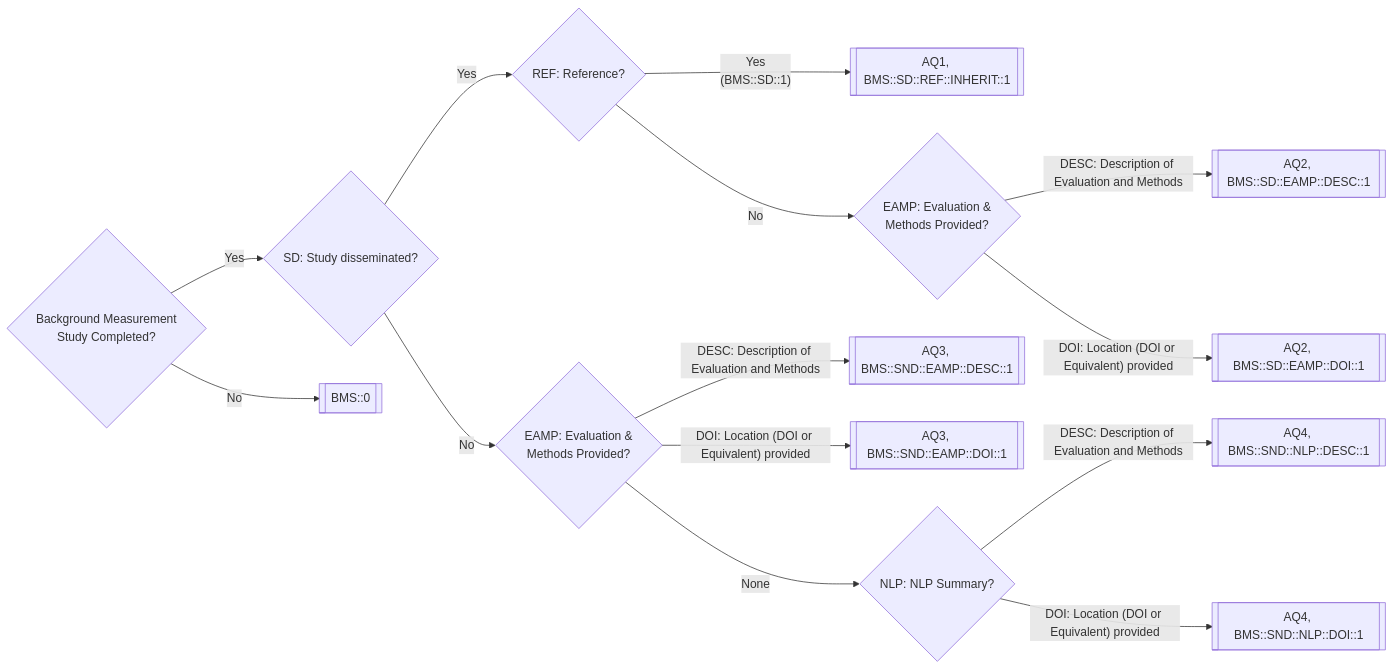
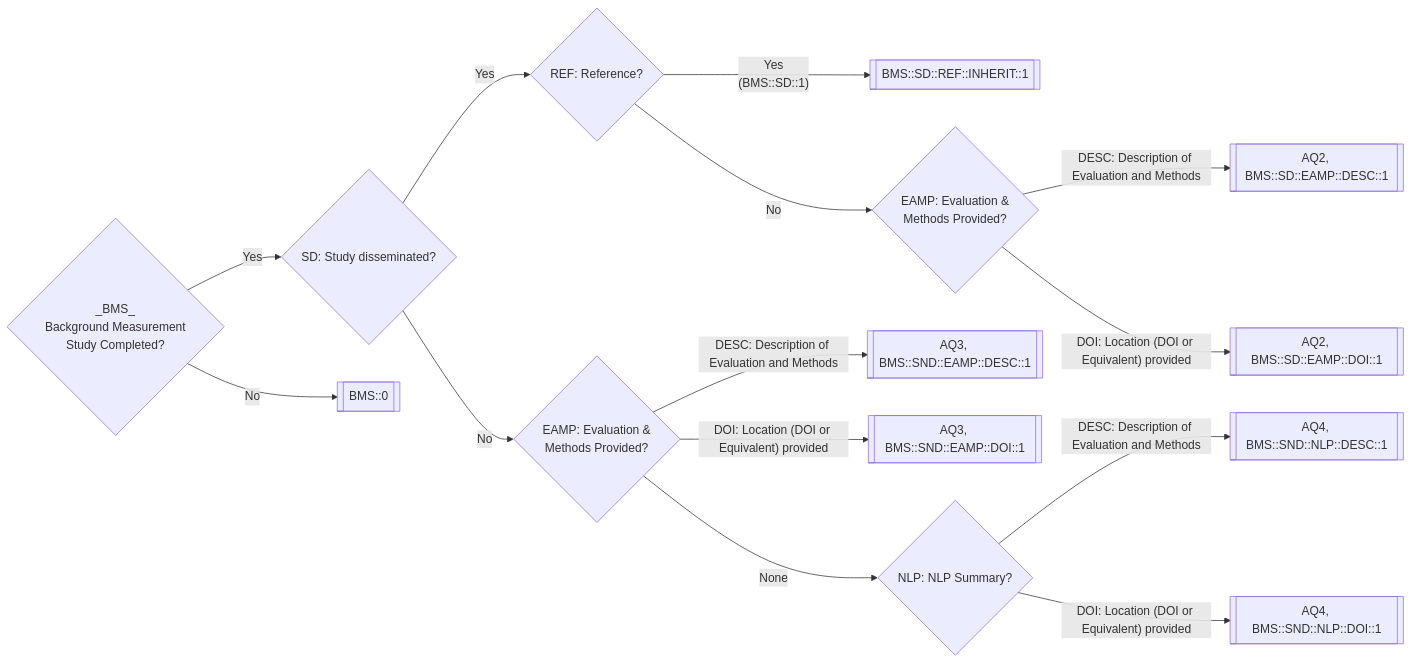
The diagram in README.md (jacobmpeters/NLPReportingMethodologyApp), drawn with Mermaid before and after one commit.

````diff
--- a/README.md
+++ b/README.md
@@ -17,16 +17,16 @@
 ```mermaid
 flowchart LR
-    BMS{Background Measurement\n Study Completed?} -- Yes --> SD;
+    BMS{_BMS_\n Background Measurement\n Study Completed?} -- Yes --> SD;
     SD{SD: Study disseminated?} -- Yes --> REF{REF: Reference?};
-    REF -- Yes\n (BMS::SD::1) --> AQ1[[AQ1, BMS::SD::REF::INHERIT::1]]
+    REF -- Yes\n (BMS::SD::1) --> AQ1[[BMS::SD::REF::INHERIT::1]]
     REF -- No --> EM{EAMP: Evaluation &\n Methods Provided?}
     EM -- DESC: Description of Evaluation and Methods --> AQ2_A[[AQ2, BMS::SD::EAMP::DESC::1]]
     EM -- DOI: Location (DOI or Equivalent) provided --> AQ2_B[[AQ2, BMS::SD::EAMP::DOI::1]]
     SD -- No --> EM2{EAMP: Evaluation &\n Methods Provided?}
     EM2 -- DESC: Description of Evaluation and Methods --> AQ3_A[[AQ3, BMS::SND::EAMP::DESC::1]]
     EM2 -- DOI: Location (DOI or Equivalent) provided --> AQ3_B[[AQ3, BMS::SND::EAMP::DOI::1]]
     EM2 -- None --> NLPS{NLP: NLP Summary?}
     NLPS -- DESC: Description of Evaluation and Methods --> AQ4_A[[AQ4, BMS::SND::NLP::DESC::1]]
     NLPS -- DOI: Location (DOI or Equivalent) provided --> AQ4[[AQ4, BMS::SND::NLP::DOI::1]]
     BMS -- No --> BMS0[[BMS::0]]
 ```
````
